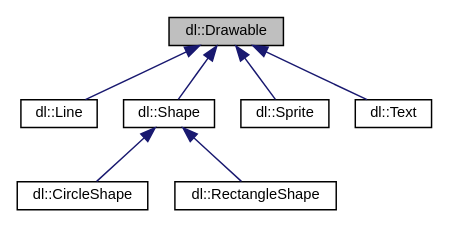
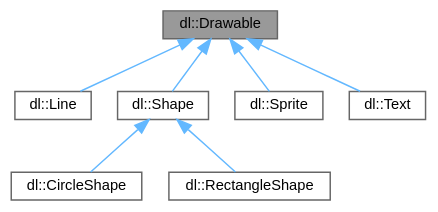
One commit to Dogbonee/Dualie changed the diagram in docs/classdl_1_1Drawable__inherit__graph.dot. Above: the diagram before and after it, drawn with Graphviz. The commit also changed 194 other files, not shown here.

```diff
--- a/docs/classdl_1_1Drawable__inherit__graph.dot
+++ b/docs/classdl_1_1Drawable__inherit__graph.dot
@@ -1,19 +1,20 @@
 digraph "dl::Drawable"
 {
  // LATEX_PDF_SIZE
-  edge [fontname="Helvetica",fontsize="10",labelfontname="Helvetica",labelfontsize="10"];
-  node [fontname="Helvetica",fontsize="10",shape=record];
-  Node1 [label="dl::Drawable",height=0.2,width=0.4,color="black", fillcolor="grey75", style="filled", fontcolor="black",tooltip="The base class for any object that can be drawn to the screen."];
-  Node1 -> Node2 [dir="back",color="midnightblue",fontsize="10",style="solid",fontname="Helvetica"];
-  Node2 [label="dl::Line",height=0.2,width=0.4,color="black", fillcolor="white", style="filled",URL="$classdl_1_1Line.html",tooltip=" "];
-  Node1 -> Node3 [dir="back",color="midnightblue",fontsize="10",style="solid",fontname="Helvetica"];
-  Node3 [label="dl::Shape",height=0.2,width=0.4,color="black", fillcolor="white", style="filled",URL="$classdl_1_1Shape.html",tooltip="The base class for any shape."];
-  Node3 -> Node4 [dir="back",color="midnightblue",fontsize="10",style="solid",fontname="Helvetica"];
-  Node4 [label="dl::CircleShape",height=0.2,width=0.4,color="black", fillcolor="white", style="filled",URL="$classdl_1_1CircleShape.html",tooltip="A circle shape."];
-  Node3 -> Node5 [dir="back",color="midnightblue",fontsize="10",style="solid",fontname="Helvetica"];
-  Node5 [label="dl::RectangleShape",height=0.2,width=0.4,color="black", fillcolor="white", style="filled",URL="$classdl_1_1RectangleShape.html",tooltip="A rectangle shape."];
-  Node1 -> Node6 [dir="back",color="midnightblue",fontsize="10",style="solid",fontname="Helvetica"];
-  Node6 [label="dl::Sprite",height=0.2,width=0.4,color="black", fillcolor="white", style="filled",URL="$classdl_1_1Sprite.html",tooltip="A class used to handle the drawing and transformation of sprites."];
-  Node1 -> Node7 [dir="back",color="midnightblue",fontsize="10",style="solid",fontname="Helvetica"];
-  Node7 [label="dl::Text",height=0.2,width=0.4,color="black", fillcolor="white", style="filled",URL="$classdl_1_1Text.html",tooltip="A class used to handle the transformation and drawing of visible text."];
+  bgcolor="transparent";
+  edge [fontname=Helvetica,fontsize=10,labelfontname=Helvetica,labelfontsize=10];
+  node [fontname=Helvetica,fontsize=10,shape=box,height=0.2,width=0.4];
+  Node1 [id="Node000001",label="dl::Drawable",height=0.2,width=0.4,color="gray40", fillcolor="grey60", style="filled", fontcolor="black",tooltip="The base class for any object that can be drawn to the screen."];
+  Node1 -> Node2 [id="edge1_Node000001_Node000002",dir="back",color="steelblue1",style="solid",tooltip=" "];
+  Node2 [id="Node000002",label="dl::Line",height=0.2,width=0.4,color="gray40", fillcolor="white", style="filled",URL="$classdl_1_1Line.html",tooltip="A simple class responsible for the line object."];
+  Node1 -> Node3 [id="edge2_Node000001_Node000003",dir="back",color="steelblue1",style="solid",tooltip=" "];
+  Node3 [id="Node000003",label="dl::Shape",height=0.2,width=0.4,color="gray40", fillcolor="white", style="filled",URL="$classdl_1_1Shape.html",tooltip="The base class for any shape."];
+  Node3 -> Node4 [id="edge3_Node000003_Node000004",dir="back",color="steelblue1",style="solid",tooltip=" "];
+  Node4 [id="Node000004",label="dl::CircleShape",height=0.2,width=0.4,color="gray40", fillcolor="white", style="filled",URL="$classdl_1_1CircleShape.html",tooltip="A circle shape."];
+  Node3 -> Node5 [id="edge4_Node000003_Node000005",dir="back",color="steelblue1",style="solid",tooltip=" "];
+  Node5 [id="Node000005",label="dl::RectangleShape",height=0.2,width=0.4,color="gray40", fillcolor="white", style="filled",URL="$classdl_1_1RectangleShape.html",tooltip="A rectangle shape."];
+  Node1 -> Node6 [id="edge5_Node000001_Node000006",dir="back",color="steelblue1",style="solid",tooltip=" "];
+  Node6 [id="Node000006",label="dl::Sprite",height=0.2,width=0.4,color="gray40", fillcolor="white", style="filled",URL="$classdl_1_1Sprite.html",tooltip="A class used to handle the drawing and transformation of sprites."];
+  Node1 -> Node7 [id="edge6_Node000001_Node000007",dir="back",color="steelblue1",style="solid",tooltip=" "];
+  Node7 [id="Node000007",label="dl::Text",height=0.2,width=0.4,color="gray40", fillcolor="white", style="filled",URL="$classdl_1_1Text.html",tooltip="A class used to handle the transformation and drawing of visible text."];
 }
```
